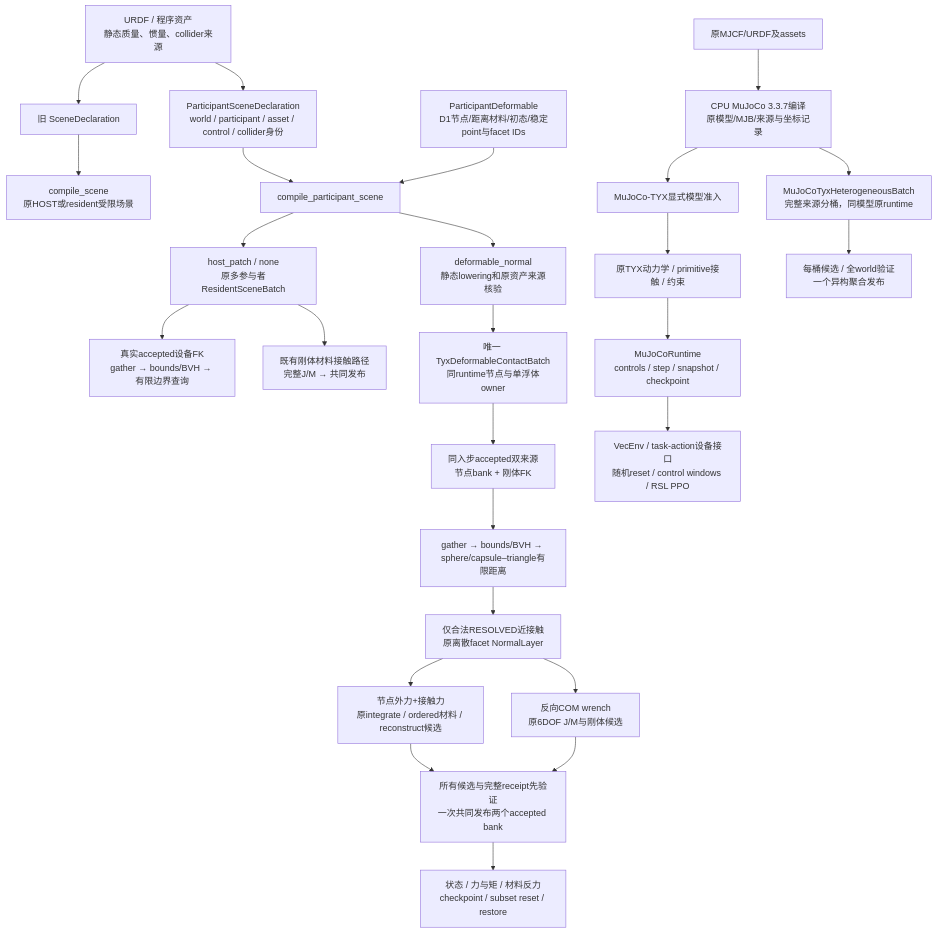
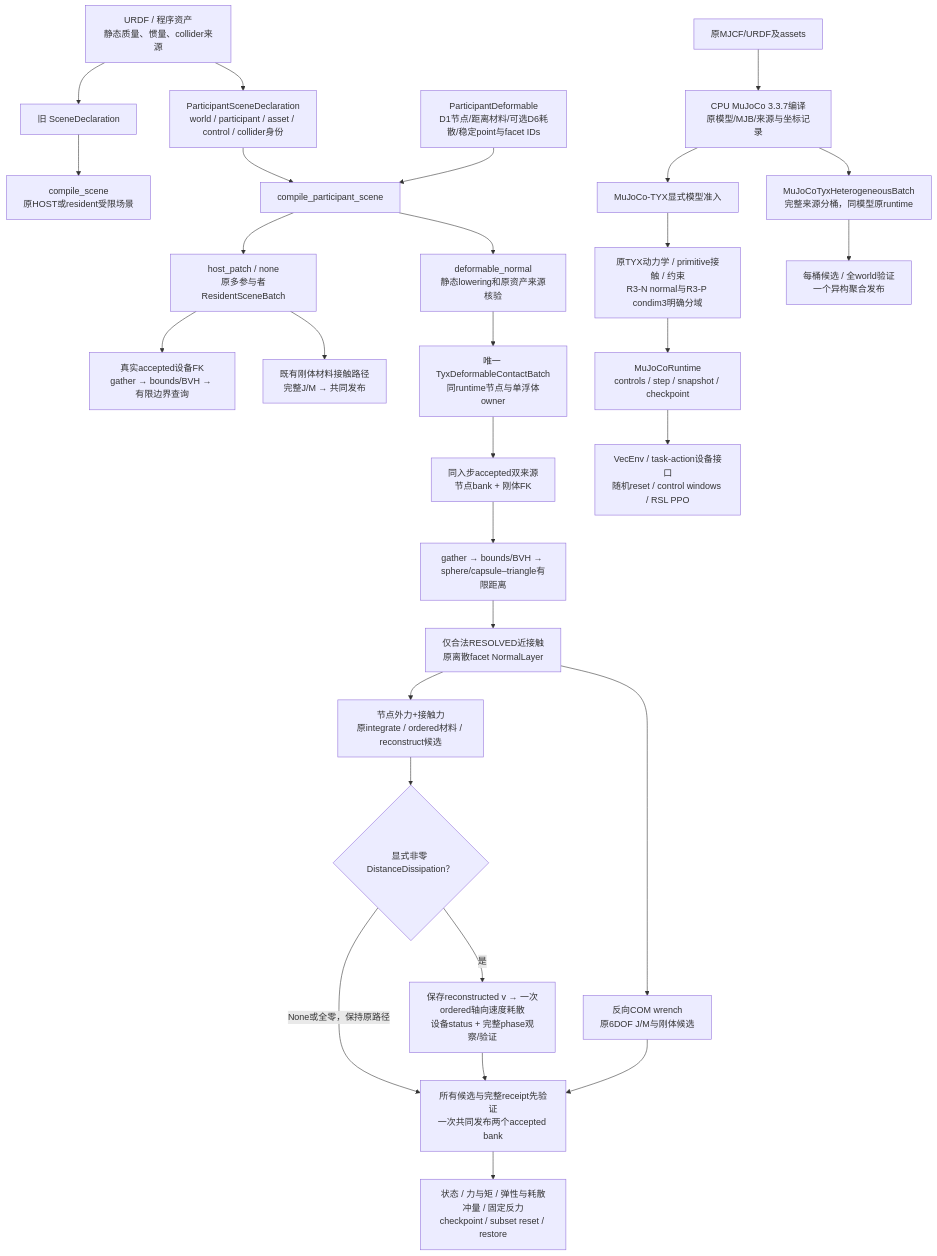
One commit to ChenxrC/phymeo changed the diagram in docs/development/p65-feature-architecture-draft-20261113.md. Above: the diagram before and after it, drawn with Mermaid. The commit also changed other lines of this file, not shown here.

Commit message:
docs(architecture): connect optional dissipation and qualified runtime paths

```diff
--- a/docs/development/p65-feature-architecture-draft-20261113.md
+++ b/docs/development/p65-feature-architecture-draft-20261113.md
@@ -16,36 +16,39 @@
 ~~~mermaid
 flowchart TD
   Asset["URDF / 程序资产<br/>静态质量、惯量、collider来源"]
   OldDecl["旧 SceneDeclaration"]
   PDecl["ParticipantSceneDeclaration<br/>world / participant / asset / control / collider身份"]
   Asset --> OldDecl
   Asset --> PDecl
   OldDecl --> Old["compile_scene<br/>原HOST或resident受限场景"]
 
   PDecl --> Factory["compile_participant_scene"]
   Factory --> RScene["host_patch / none<br/>原多参与者ResidentSceneBatch"]
   RScene --> M1["真实accepted设备FK<br/>gather → bounds/BVH → 有限边界查询"]
   RScene --> RResponse["既有刚体材料接触路径<br/>完整J/M → 共同发布"]
 
-  NodeDecl["ParticipantDeformable<br/>D1节点/距离材料/初态/稳定point与facet IDs"]
+  NodeDecl["ParticipantDeformable<br/>D1节点/距离材料/可选D6耗散/稳定point与facet IDs"]
   NodeDecl --> Factory
   Factory --> D5["deformable_normal<br/>静态lowering和原资产来源核验"]
   D5 --> Joint["唯一 TyxDeformableContactBatch<br/>同runtime节点与单浮体owner"]
   Joint --> Dual["同入步accepted双来源<br/>节点bank + 刚体FK"]
   Dual --> D2["gather → bounds/BVH → sphere/capsule–triangle有限距离"]
   D2 --> Law["仅合法RESOLVED近接触<br/>原离散facet NormalLayer"]
   Law --> NodeCandidate["节点外力+接触力<br/>原integrate / ordered材料 / reconstruct候选"]
   Law --> RigidCandidate["反向COM wrench<br/>原6DOF J/M与刚体候选"]
-  NodeCandidate --> Commit["所有候选与完整receipt先验证<br/>一次共同发布两个accepted bank"]
+  NodeCandidate --> D6Choice{"显式非零 DistanceDissipation？"}
+  D6Choice -->|是| D6["保存reconstructed v → 一次ordered轴向速度耗散<br/>设备status + 完整phase观察/验证"]
+  D6Choice -->|None或全零，保持原路径| Commit["所有候选与完整receipt先验证<br/>一次共同发布两个accepted bank"]
+  D6 --> Commit
   RigidCandidate --> Commit
-  Commit --> Public["状态 / 力与矩 / 材料反力<br/>checkpoint / subset reset / restore"]
+  Commit --> Public["状态 / 力与矩 / 弹性与耗散冲量 / 固定反力<br/>checkpoint / subset reset / restore"]
 
   Native["原MJCF/URDF及assets"]
   Native --> Compile["CPU MuJoCo 3.3.7编译<br/>原模型/MJB/来源与坐标记录"]
   Compile --> Admission["MuJoCo-TYX显式模型准入"]
-  Admission --> NativeTYX["原TYX动力学 / primitive接触 / 约束"]
+  Admission --> NativeTYX["原TYX动力学 / primitive接触 / 约束<br/>R3-N normal与R3-P condim3明确分域"]
   NativeTYX --> NativeRuntime["MuJoCoRuntime<br/>controls / step / snapshot / checkpoint"]
   NativeRuntime --> Train["VecEnv / task-action设备接口<br/>随机reset / control windows / RSL PPO"]
   Compile --> Buckets["MuJoCoTyxHeterogeneousBatch<br/>完整来源分桶，同模型原runtime"]
   Buckets --> Multi["每桶候选 / 全world验证<br/>一个异构聚合发布"]
 ~~~
```
